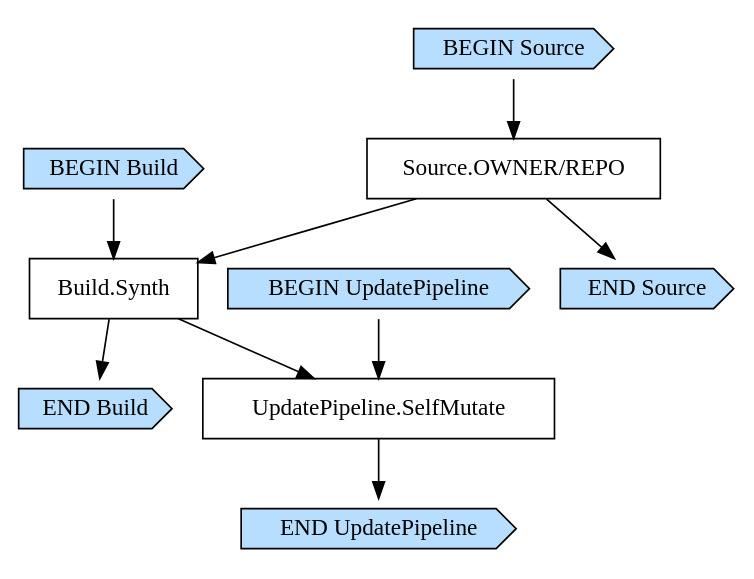
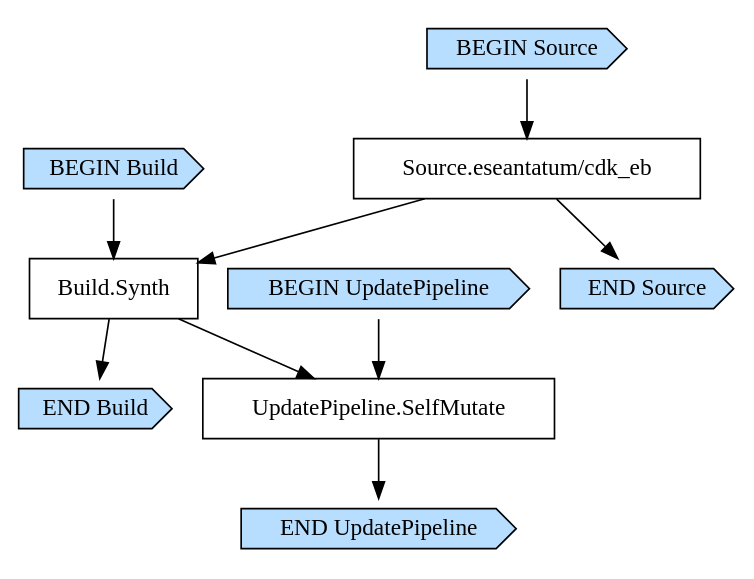
Before and after one commit to eseantatum/cdk_eb: the diagram in cdk-pipeline-eb-demo/cdk.out/CdkPipelineStackPipelineF78599D7.dot, drawn with Graphviz. The commit also changed 5 other files, not shown here.

```diff
--- a/cdk-pipeline-eb-demo/cdk.out/CdkPipelineStackPipelineF78599D7.dot
+++ b/cdk-pipeline-eb-demo/cdk.out/CdkPipelineStackPipelineF78599D7.dot
@@ -1,24 +1,24 @@
 digraph G {
   # Arrows represent an "unlocks" relationship (opposite of dependency). So chosen
   # because the layout looks more natural that way.
   # To represent subgraph dependencies, subgraphs are represented by BEGIN/END nodes.
   # To render: `dot -Tsvg CdkPipelineStackPipelineF78599D7.dot > graph.svg`, open in a browser.
   node [shape="box"];
 "BEGIN Build" [shape="cds", style="filled", fillcolor="#b7deff"];
 "END Build" [shape="cds", style="filled", fillcolor="#b7deff"];
 "Build.Synth";
-"Source.OWNER/REPO" -> "Build.Synth";
+"Source.eseantatum/cdk_eb" -> "Build.Synth";
 "BEGIN Build" -> "Build.Synth";
 "Build.Synth" -> "END Build";
 "BEGIN UpdatePipeline" [shape="cds", style="filled", fillcolor="#b7deff"];
 "END UpdatePipeline" [shape="cds", style="filled", fillcolor="#b7deff"];
 "UpdatePipeline.SelfMutate";
 "Build.Synth" -> "UpdatePipeline.SelfMutate";
 "BEGIN UpdatePipeline" -> "UpdatePipeline.SelfMutate";
 "UpdatePipeline.SelfMutate" -> "END UpdatePipeline";
 "BEGIN Source" [shape="cds", style="filled", fillcolor="#b7deff"];
 "END Source" [shape="cds", style="filled", fillcolor="#b7deff"];
-"Source.OWNER/REPO";
-"BEGIN Source" -> "Source.OWNER/REPO";
-"Source.OWNER/REPO" -> "END Source";
+"Source.eseantatum/cdk_eb";
+"BEGIN Source" -> "Source.eseantatum/cdk_eb";
+"Source.eseantatum/cdk_eb" -> "END Source";
 }
```
